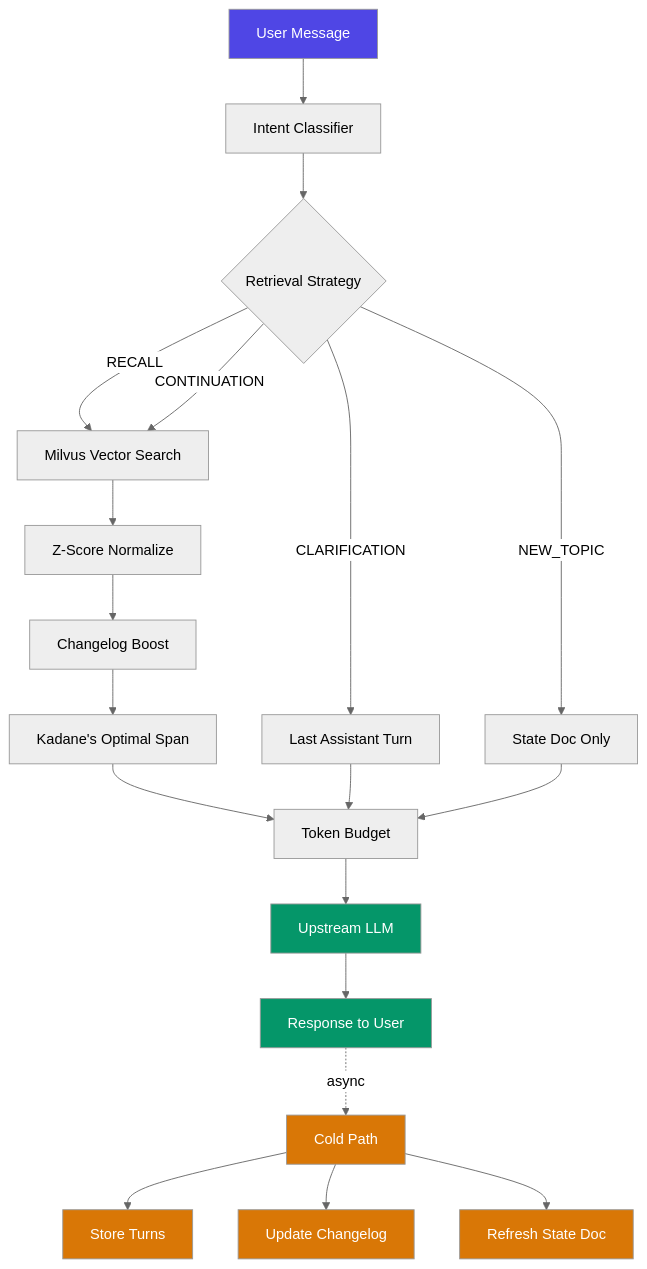
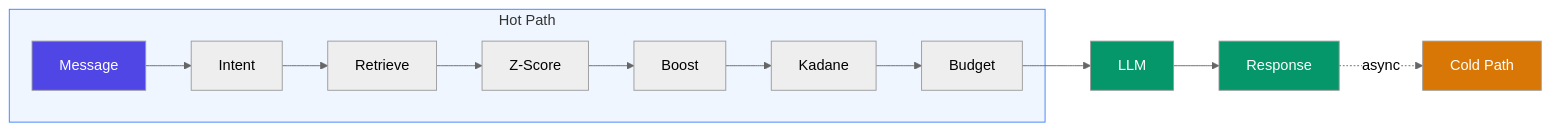
One commit to 0xteamCookie/Lethus changed the first of 4 diagrams in README.md. Above: the diagram before and after it, drawn with Mermaid (neutral theme). The commit also changed other lines of this file, not shown here.

Commit message:
refactor: Improve README structure

````diff
--- a/README.md
+++ b/README.md
@@ -13,33 +22,22 @@
 ```mermaid
-flowchart TD
-    A["User Message"] --> B["Intent Classifier"]
-    B --> C{"Retrieval Strategy"}
+flowchart LR
+    subgraph hot ["Hot Path"]
+        A["Message"] --> B["Intent"]
+        B --> C["Retrieve"]
+        C --> D["Z-Score"]
+        D --> E["Boost"]
+        E --> F["Kadane"]
+        F --> G["Budget"]
+    end
 
-    C -->|RECALL| D["Milvus Vector Search"]
-    C -->|CONTINUATION| D
-    C -->|CLARIFICATION| E["Last Assistant Turn"]
-    C -->|NEW_TOPIC| F["State Doc Only"]
+    G --> H["LLM"]
+    H --> I["Response"]
 
-    D --> G["Z-Score Normalize"]
-    G --> H["Changelog Boost"]
-    H --> I["Kadane's Optimal Span"]
-    I --> J["Token Budget"]
-    E --> J
-    F --> J
-
-    J --> K["Upstream LLM"]
-    K --> L["Response to User"]
-
-    L -.->|async| M["Cold Path"]
-    M --> N["Store Turns"]
-    M --> O["Update Changelog"]
-    M --> P["Refresh State Doc"]
+    I -.->|async| J["Cold Path"]
 
     style A fill:#4f46e5,color:#fff
-    style K fill:#059669,color:#fff
-    style L fill:#059669,color:#fff
-    style M fill:#d97706,color:#fff
-    style N fill:#d97706,color:#fff
-    style O fill:#d97706,color:#fff
-    style P fill:#d97706,color:#fff
+    style H fill:#059669,color:#fff
+    style I fill:#059669,color:#fff
+    style J fill:#d97706,color:#fff
+    style hot fill:#eff6ff,stroke:#3b82f6
 ```
````
